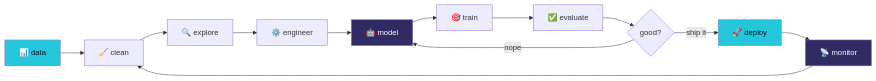
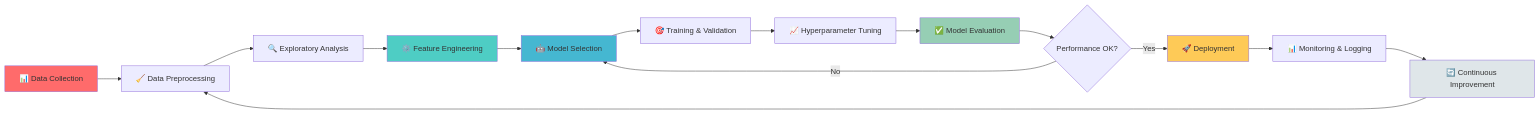
Before and after one commit to tarunmehrda/tarunmehrda: the second of 2 diagrams in README.md, drawn with Mermaid. The commit also changed other lines of this file, not shown here.

````diff
--- a/README.md
+++ b/README.md
@@ -150,18 +617,45 @@
 ```mermaid
+
 graph LR
-    A[📊 data] --> B[🧹 clean]
-    B --> C[🔍 explore]
-    C --> D[⚙️ engineer]
-    D --> E[🤖 model]
-    E --> F[🎯 train]
-    F --> G[✅ evaluate]
-    G --> H{good?}
-    H -->|nope| E
-    H -->|ship it| I[🚀 deploy]
-    I --> J[📡 monitor]
-    J --> B
-    style A fill:#24C6DC,color:#0F0C29
-    style E fill:#302B63,color:#fff
-    style I fill:#24C6DC,color:#0F0C29
-    style J fill:#302B63,color:#fff
+
+    A[📊 Data Collection] --> B[🧹 Data Preprocessing]
+
+    B --> C[🔍 Exploratory Analysis]
+
+    C --> D[⚙️ Feature Engineering]
+
+    D --> E[🤖 Model Selection]
+
+    E --> F[🎯 Training & Validation]
+
+    F --> G[📈 Hyperparameter Tuning]
+
+    G --> H[✅ Model Evaluation]
+
+    H --> I{Performance OK?}
+
+    I -->|No| E
+
+    I -->|Yes| J[🚀 Deployment]
+
+    J --> K[📊 Monitoring & Logging]
+
+    K --> L[🔄 Continuous Improvement]
+
+    L --> B
+
+    
+
+    style A fill:#FF6B6B
+
+    style D fill:#4ECDC4
+
+    style E fill:#45B7D1
+
+    style H fill:#96CEB4
+
+    style J fill:#FECA57
+
+    style L fill:#DFE6E9
+
 ```
````
